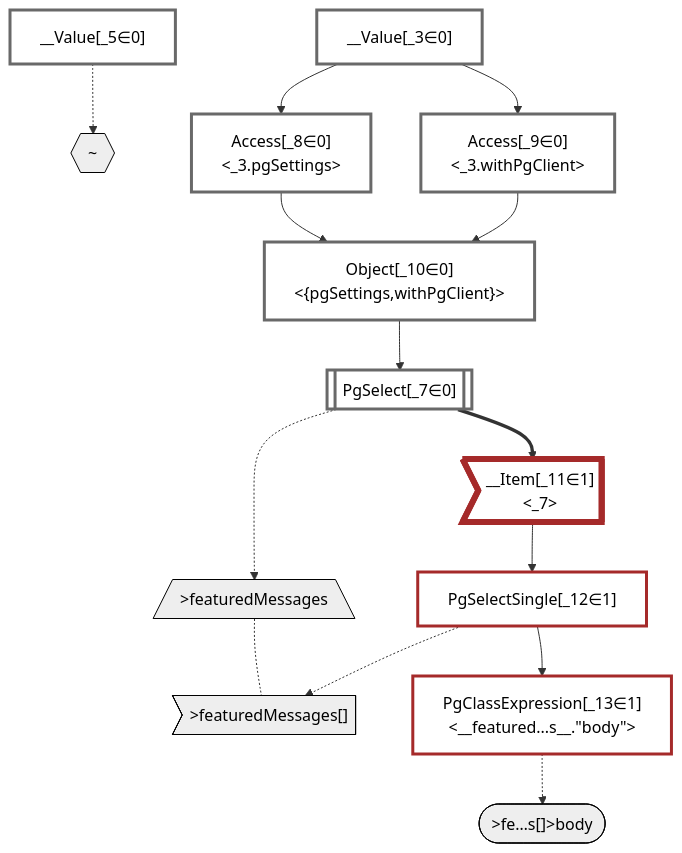
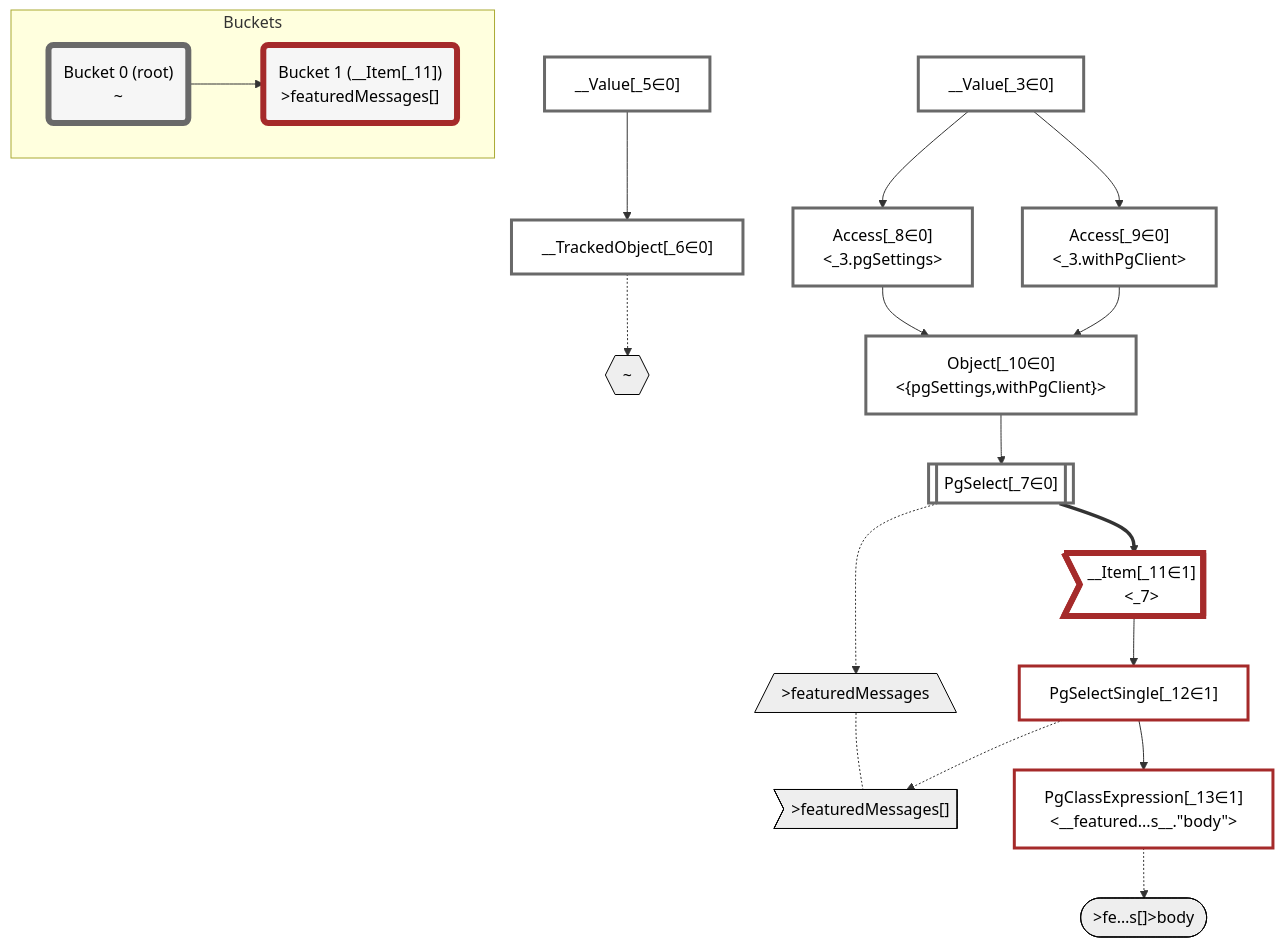
The diagram in packages/dataplan-pg/__tests__/queries/functions/custom-query-setof-message.mermaid.md (graphile/crystal), drawn with Mermaid before and after one commit. The commit also changed 195 other files, not shown here.

````diff
--- a/packages/dataplan-pg/__tests__/queries/functions/custom-query-setof-message.mermaid.md
+++ b/packages/dataplan-pg/__tests__/queries/functions/custom-query-setof-message.mermaid.md
@@ -1,50 +1,61 @@
 ```mermaid
 graph TD
     classDef path fill:#eee,stroke:#000,color:#000
     classDef plan fill:#fff,stroke-width:3px,color:#000
     classDef itemplan fill:#fff,stroke-width:6px,color:#000
     classDef sideeffectplan fill:#f00,stroke-width:6px,color:#000
+    classDef bucket fill:#f6f6f6,color:#000,stroke-width:6px
 
     %% subgraph fields
     P1{{"~"}}:::path
     P2[/">featuredMessages"\]:::path
     P3>">featuredMessages[]"]:::path
     P2 -.- P3
     P4([">fe…s[]>body"]):::path
     %% P3 -.-> P4
     %% P1 -.-> P2
     %% end
 
     %% define plans
     __Value_3["__Value[_3∈0]<br /><context>"]:::plan
     __Value_5["__Value[_5∈0]<br /><rootValue>"]:::plan
+    __TrackedObject_6["__TrackedObject[_6∈0]"]:::plan
     PgSelect_7[["PgSelect[_7∈0]<br /><featured_messages>"]]:::plan
     Access_8["Access[_8∈0]<br /><_3.pgSettings>"]:::plan
     Access_9["Access[_9∈0]<br /><_3.withPgClient>"]:::plan
     Object_10["Object[_10∈0]<br /><{pgSettings,withPgClient}>"]:::plan
     __Item_11>"__Item[_11∈1]<br /><_7>"]:::itemplan
     PgSelectSingle_12["PgSelectSingle[_12∈1]<br /><featured_messages>"]:::plan
     PgClassExpression_13["PgClassExpression[_13∈1]<br /><__featured...s__.#quot;body#quot;>"]:::plan
 
     %% plan dependencies
+    __Value_5 --> __TrackedObject_6
     Object_10 --> PgSelect_7
     __Value_3 --> Access_8
     __Value_3 --> Access_9
     Access_8 --> Object_10
     Access_9 --> Object_10
     PgSelect_7 ==> __Item_11
     __Item_11 --> PgSelectSingle_12
     PgSelectSingle_12 --> PgClassExpression_13
 
     %% plan-to-path relationships
-    __Value_5 -.-> P1
+    __TrackedObject_6 -.-> P1
     PgSelect_7 -.-> P2
     PgSelectSingle_12 -.-> P3
     PgClassExpression_13 -.-> P4
 
     %% allocate buckets
     classDef bucket0 stroke:#696969
-    class __Value_3,__Value_5,PgSelect_7,Access_8,Access_9,Object_10 bucket0
+    class __Value_3,__Value_5,__TrackedObject_6,PgSelect_7,Access_8,Access_9,Object_10 bucket0
     classDef bucket1 stroke:#a52a2a
     class __Item_11,PgSelectSingle_12,PgClassExpression_13 bucket1
+
+    subgraph Buckets
+    Bucket0("Bucket 0 (root)<br />~"):::bucket
+    style Bucket0 stroke:#696969
+    Bucket1("Bucket 1 (__Item[_11])<br />>featuredMessages[]"):::bucket
+    style Bucket1 stroke:#a52a2a
+    Bucket0 --> Bucket1
+    end
 ```
````
